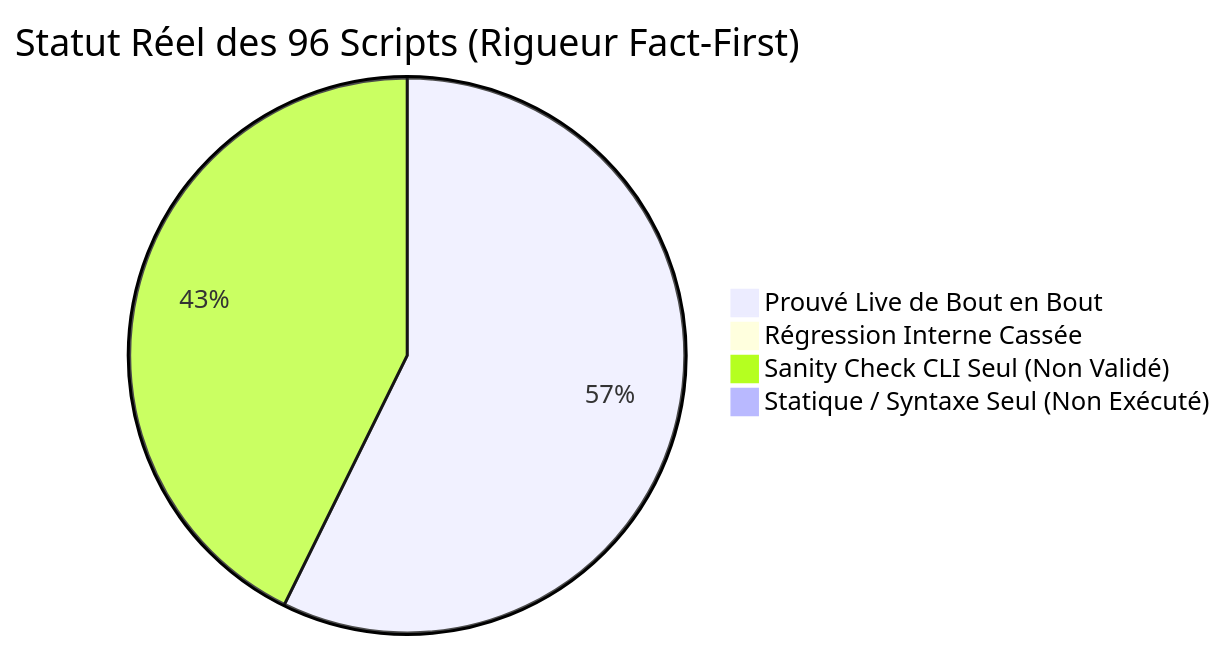
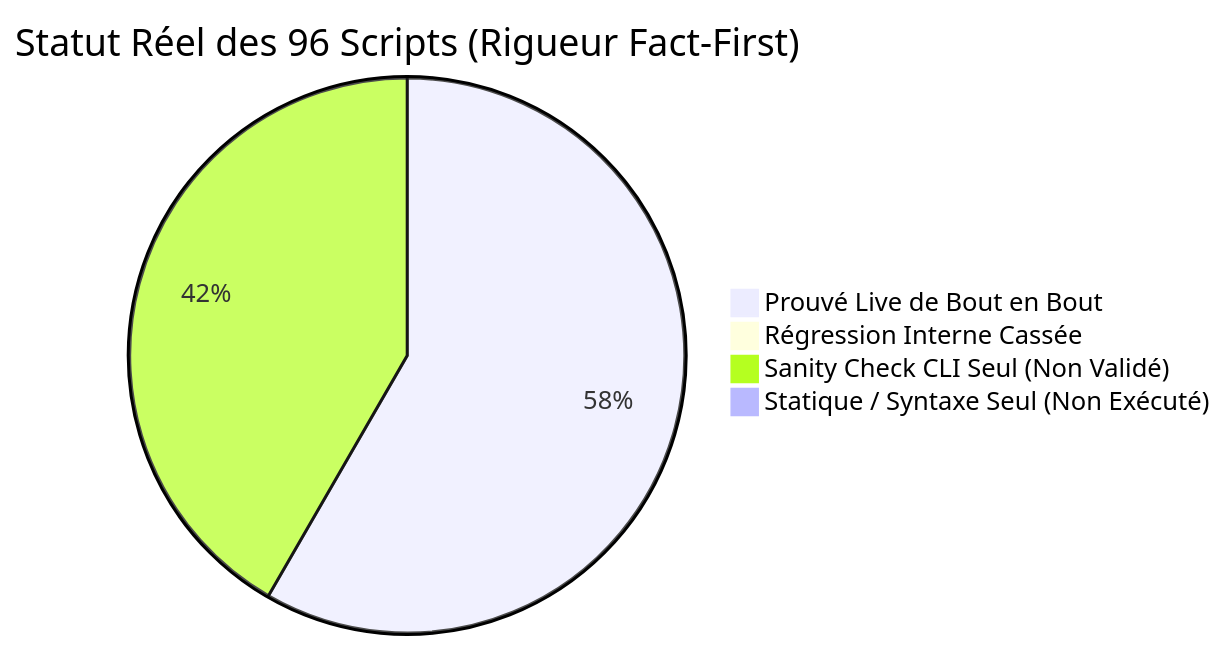
Before and after one commit to yoyonel/pydbsrt: the diagram in docs/reference/2026-11-10-audit-exhaustif-scripts-regressions.md, drawn with Mermaid. The commit also changed other lines of this file and 2 other files, not shown here.

First line of the commit message:
fix(infra): dynamic root and check mode in rpi4 freebox gateway (#69)

````diff
--- a/docs/reference/2026-11-10-audit-exhaustif-scripts-regressions.md
+++ b/docs/reference/2026-11-10-audit-exhaustif-scripts-regressions.md
@@ -16,7 +16,7 @@
 ```mermaid
 pie title Statut Réel des 96 Scripts (Rigueur Fact-First)
-    "Prouvé Live de Bout en Bout" : 55
+    "Prouvé Live de Bout en Bout" : 56
     "Régression Interne Cassée" : 0
-    "Sanity Check CLI Seul (Non Validé)" : 41
+    "Sanity Check CLI Seul (Non Validé)" : 40
     "Statique / Syntaxe Seul (Non Exécuté)" : 0
 ```
````
